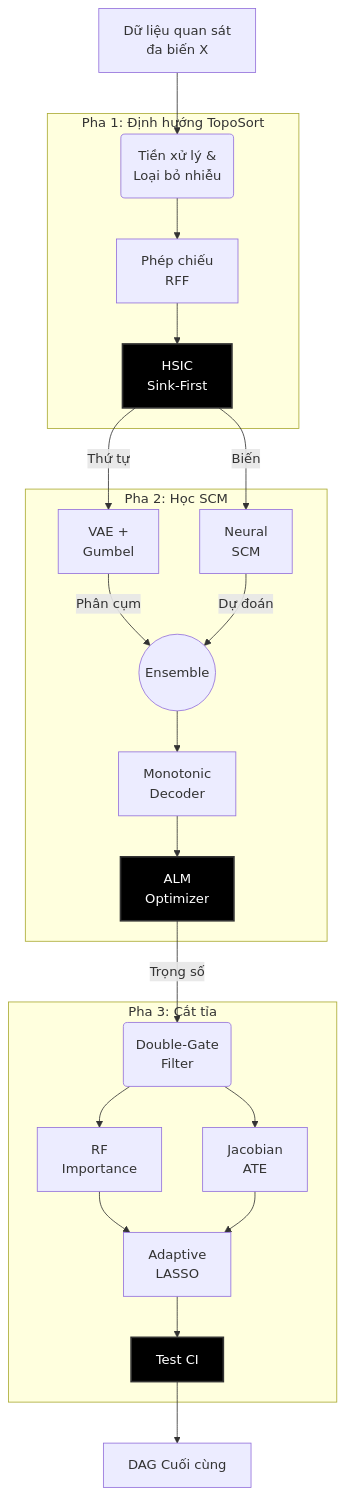
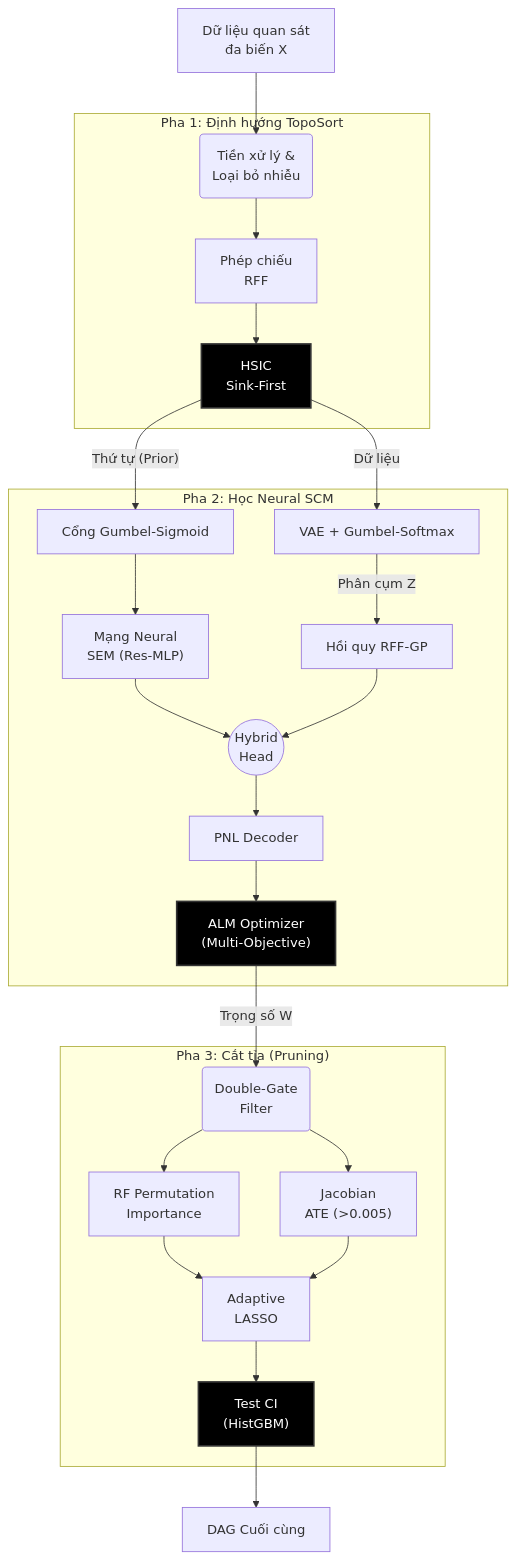
Before and after one commit to manhthai1706/DeepANM: the diagram in docx/Chuong2_MoHinhDeepANM.md, drawn with Mermaid. The commit also changed other lines of this file, not shown here.

Commit message:
Docs: Rewrite Chapter 2 architecture documentation, add missing ML components

````diff
--- a/docx/Chuong2_MoHinhDeepANM.md
+++ b/docx/Chuong2_MoHinhDeepANM.md
@@ -16,35 +16,37 @@
 ```mermaid
 graph TD
     classDef highlight fill:#000,color:#fff,stroke:#333,stroke-width:2px;
     classDef sub core fill:#bbf,stroke:#333,stroke-width:2px;
     
     Data["Dữ liệu quan sát<br/>đa biến X"] --> Preprocess("Tiền xử lý &<br/>Loại bỏ nhiễu")
     
     subgraph phase1 ["Pha 1: Định hướng TopoSort"]
         Preprocess --> RFF["Phép chiếu<br/>RFF"]
         RFF --> Sink["HSIC<br/>Sink-First"]
     end
     
-    subgraph phase2 ["Pha 2: Học SCM"]
-        Sink -->|"Thứ tự"| Encoder["VAE +<br/>Gumbel"]
-        Sink -->|"Biến"| SEM["Neural<br/>SCM"]
-        Encoder -->|"Phân cụm"| Combine((Ensemble))
-        SEM -->|"Dự đoán"| Combine
-        Combine --> Decoder["Monotonic<br/>Decoder"]
-        Decoder --> ALM["ALM<br/>Optimizer"]
+    subgraph phase2 ["Pha 2: Học Neural SCM"]
+        Sink -->|"Thứ tự (Prior)"| Gate["Cổng Gumbel-Sigmoid"]
+        Sink -->|"Dữ liệu"| Encoder["VAE + Gumbel-Softmax"]
+        Gate --> SEM["Mạng Neural<br/>SEM (Res-MLP)"]
+        Encoder -->|"Phân cụm Z"| GP["Hồi quy RFF-GP"]
+        SEM --> Combine((Hybrid<br/>Head))
+        GP --> Combine
+        Combine --> Decoder["PNL Decoder"]
+        Decoder --> ALM["ALM Optimizer<br/>(Multi-Objective)"]
     end
     
-    subgraph phase3 ["Pha 3: Cắt tỉa"]
-        ALM -->|"Trọng số"| DoubleGate("Double-Gate<br/>Filter")
-        DoubleGate --> RF["RF<br/>Importance"]
-        DoubleGate --> ATE["Jacobian<br/>ATE"]
+    subgraph phase3 ["Pha 3: Cắt tỉa (Pruning)"]
+        ALM -->|"Trọng số W"| DoubleGate("Double-Gate<br/>Filter")
+        DoubleGate --> RF["RF Permutation<br/>Importance"]
+        DoubleGate --> ATE["Jacobian<br/>ATE (>0.005)"]
         RF --> ALasso["Adaptive<br/>LASSO"]
         ATE --> ALasso
-        ALasso --> CI["Test CI"]
+        ALasso --> CI["Test CI<br/>(HistGBM)"]
     end
     
     CI --> Final["DAG Cuối cùng"]
     
     class Sink,ALM,CI highlight;
-    class Encoder,SEM,Decoder core;
+    class Encoder,SEM,Decoder,GP core;
 ```
````
